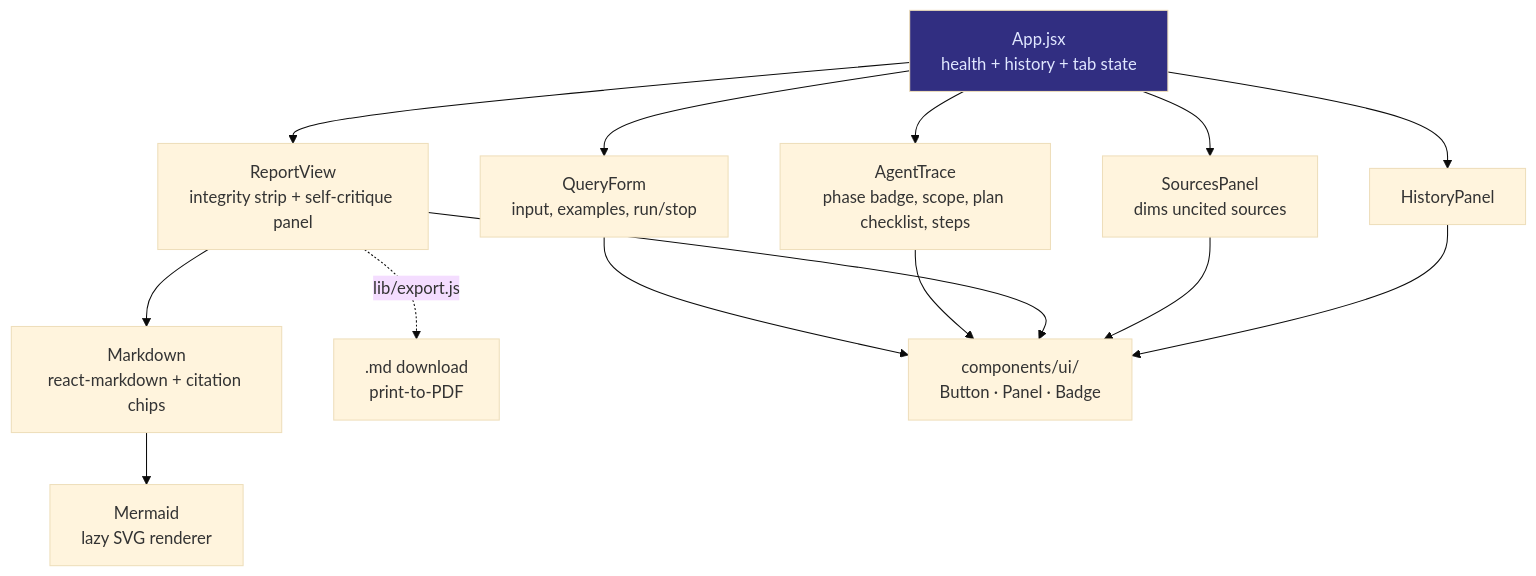
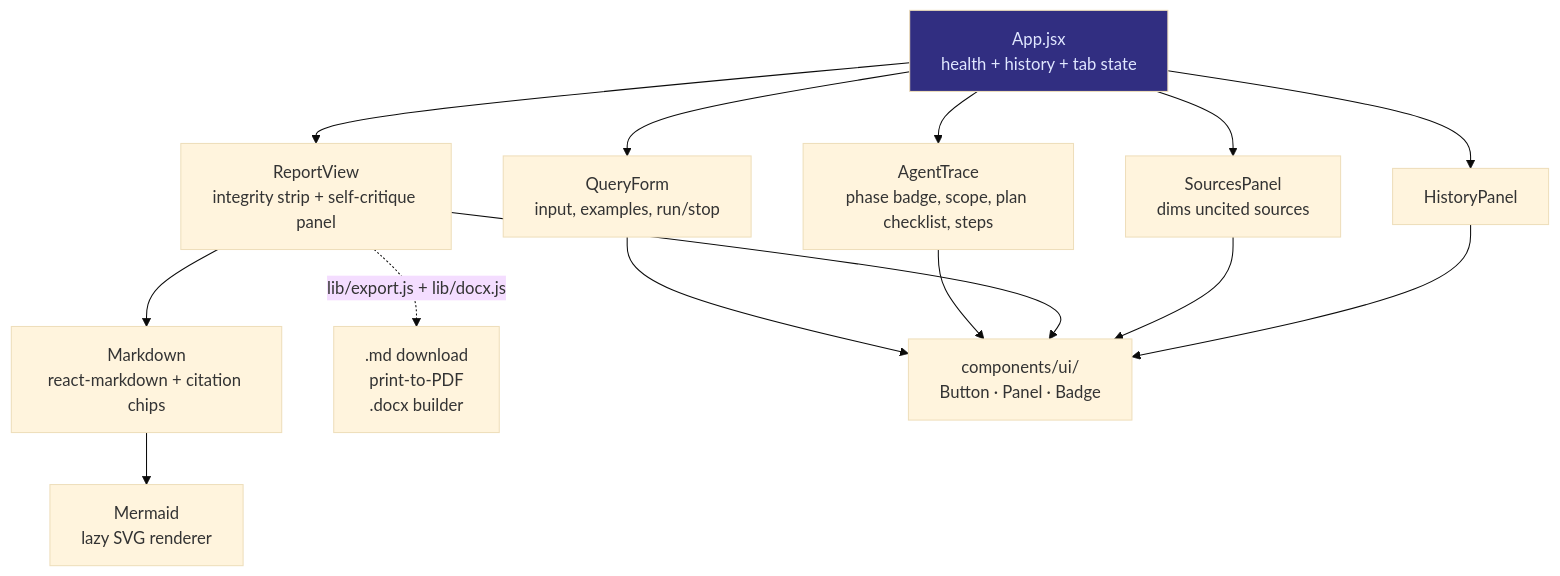
Diagram 11 of 16 in docs/ARCHITECTURE.md (AlphaBeast97/deep-research-ai-platform), drawn with Mermaid (base theme) before and after one commit. The commit also changed other lines of this file and 1 other file, not shown here.

First line of the commit message:
docs: record the export and report-format decisions

````diff
--- a/docs/ARCHITECTURE.md
+++ b/docs/ARCHITECTURE.md
@@ -1215,20 +1220,20 @@
 ```mermaid
 flowchart TD
     APP["App.jsx<br/>health + history + tab state"]
     APP --> QF["QueryForm<br/>input, examples, run/stop"]
     APP --> TR["AgentTrace<br/>phase badge, scope, plan checklist, steps"]
     APP --> RV["ReportView<br/>integrity strip + self-critique panel"]
     APP --> SP["SourcesPanel<br/>dims uncited sources"]
     APP --> HP["HistoryPanel"]
     RV --> MD["Markdown<br/>react-markdown + citation chips"]
     MD --> MM["Mermaid<br/>lazy SVG renderer"]
-    RV -.->|"lib/export.js"| EXP[".md download<br/>print-to-PDF"]
+    RV -.->|"lib/export.js + lib/docx.js"| EXP[".md download<br/>print-to-PDF<br/>.docx builder"]
     QF --> UI
     TR --> UI
     RV --> UI
     SP --> UI
     HP --> UI
     UI["components/ui/<br/>Button · Panel · Badge"]
 
     style APP fill:#312e81,color:#e0e7ff
 ```
````
